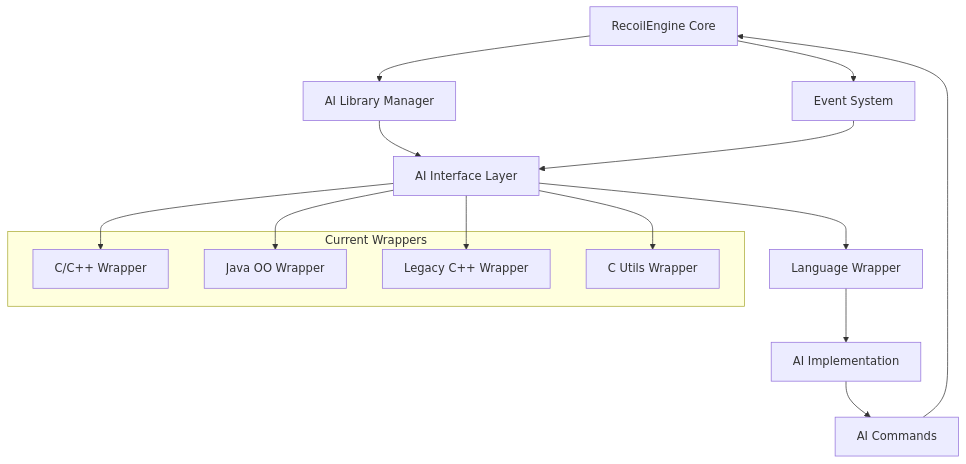
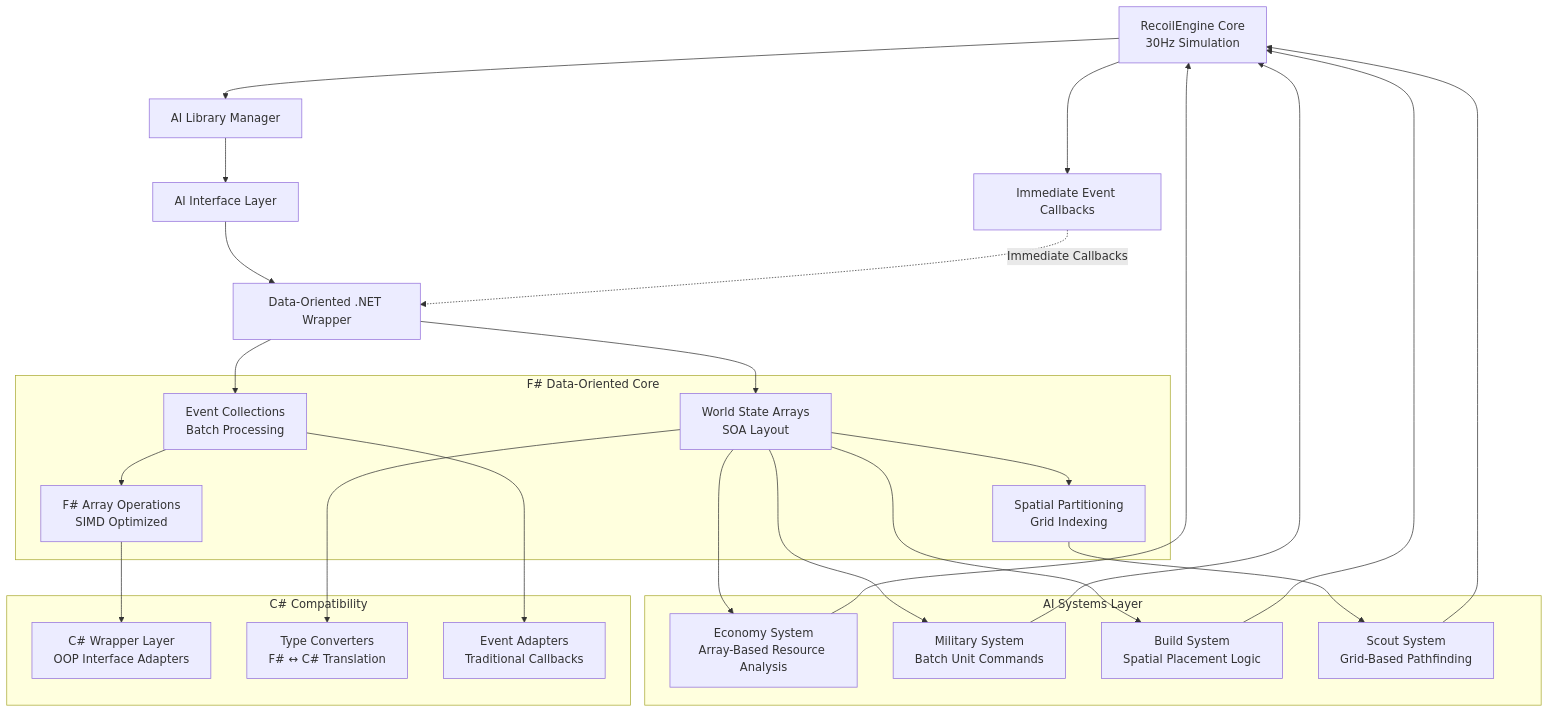
Before and after one commit to EHotwagner/RecoilEngine: the first of 6 diagrams in AI/Wrappers/DotNet/Architecture.md, drawn with Mermaid. The commit also changed other lines of this file and 11 other files, not shown here.

First line of the commit message:
Enhance F# AI Wrapper with Data-Oriented Design

````diff
--- a/AI/Wrappers/DotNet/Architecture.md
+++ b/AI/Wrappers/DotNet/Architecture.md
@@ -11,25 +11,47 @@
 ```mermaid
 graph TB
-    Engine[RecoilEngine Core] --> AILibraryManager[AI Library Manager]
+    Engine[RecoilEngine Core<br/>30Hz Simulation] --> EventSystem[Immediate Event Callbacks]
+    Engine --> AILibraryManager[AI Library Manager]
     AILibraryManager --> AIInterface[AI Interface Layer]
-    AIInterface --> Wrapper[Language Wrapper]
-    Wrapper --> AIImplementation[AI Implementation]
+    AIInterface --> DotNetWrapper[Data-Oriented .NET Wrapper]
     
-    Engine --> Events[Event System]
-    Events --> AIInterface
-    
-    AIImplementation --> Commands[AI Commands]
-    Commands --> Engine
-    
-    subgraph "Current Wrappers"
-        CWrapper[C/C++ Wrapper]
-        JavaWrapper[Java OO Wrapper]
-        LegacyCppWrapper[Legacy C++ Wrapper]
-        CUtilsWrapper[C Utils Wrapper]
+    subgraph "F# Data-Oriented Core"
+        WorldArrays[World State Arrays<br/>SOA Layout]
+        EventCollections[Event Collections<br/>Batch Processing]
+        SpatialGrid[Spatial Partitioning<br/>Grid Indexing]
+        ArrayOps[F# Array Operations<br/>SIMD Optimized]
     end
     
-    AIInterface --> CWrapper
-    AIInterface --> JavaWrapper
-    AIInterface --> LegacyCppWrapper
-    AIInterface --> CUtilsWrapper
+    subgraph "AI Systems Layer"
+        EconomySystem[Economy System<br/>Array-Based Resource Analysis]
+        MilitarySystem[Military System<br/>Batch Unit Commands]
+        BuildSystem[Build System<br/>Spatial Placement Logic]
+        ScoutSystem[Scout System<br/>Grid-Based Pathfinding]
+    end
+    
+    subgraph "C# Compatibility"
+        CSCompat[C# Wrapper Layer<br/>OOP Interface Adapters]
+        TypeConv[Type Converters<br/>F# ↔ C# Translation]
+        EventAdapters[Event Adapters<br/>Traditional Callbacks]
+    end
+    
+    DotNetWrapper --> WorldArrays
+    DotNetWrapper --> EventCollections
+    WorldArrays --> SpatialGrid
+    EventCollections --> ArrayOps
+    
+    WorldArrays --> EconomySystem
+    WorldArrays --> MilitarySystem  
+    WorldArrays --> BuildSystem
+    SpatialGrid --> ScoutSystem
+    
+    ArrayOps --> CSCompat
+    WorldArrays --> TypeConv
+    EventCollections --> EventAdapters
+    
+    EventSystem -.->|"Immediate Callbacks"| DotNetWrapper
+    EconomySystem --> Engine
+    MilitarySystem --> Engine
+    BuildSystem --> Engine
+    ScoutSystem --> Engine
 ```
````
